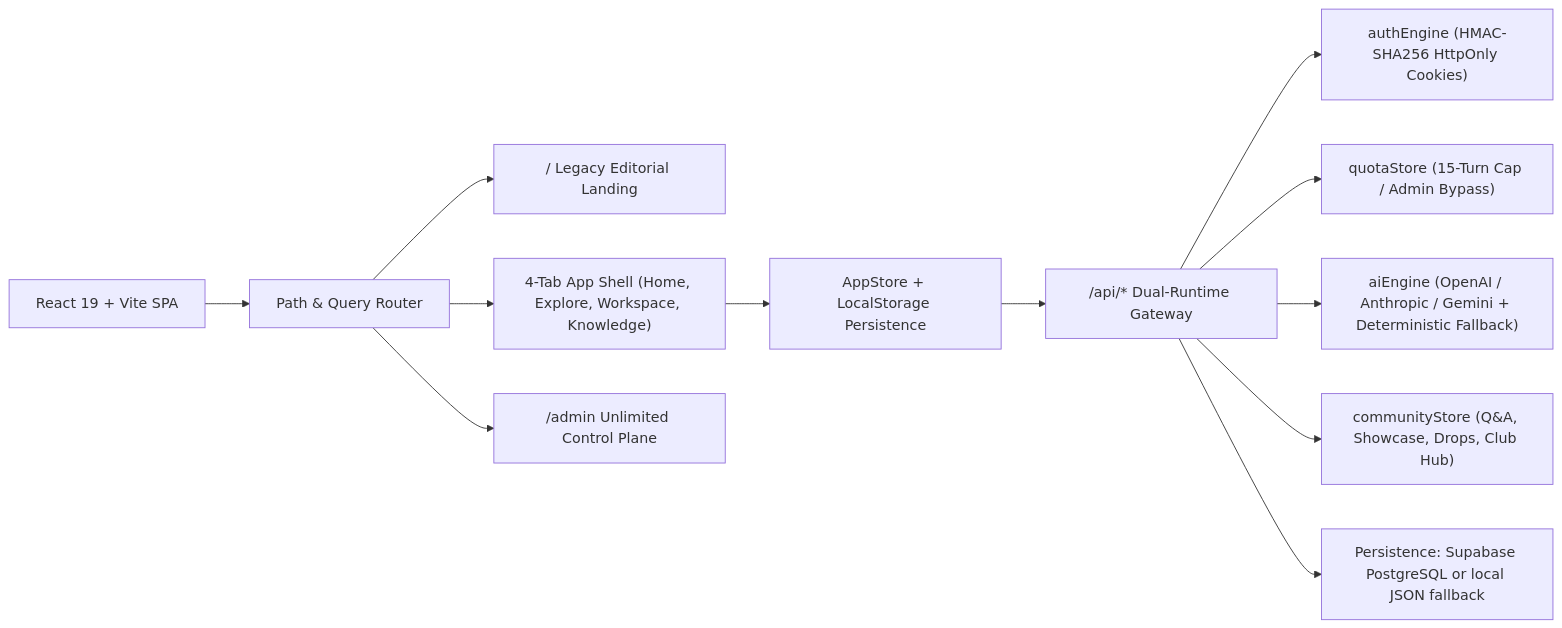
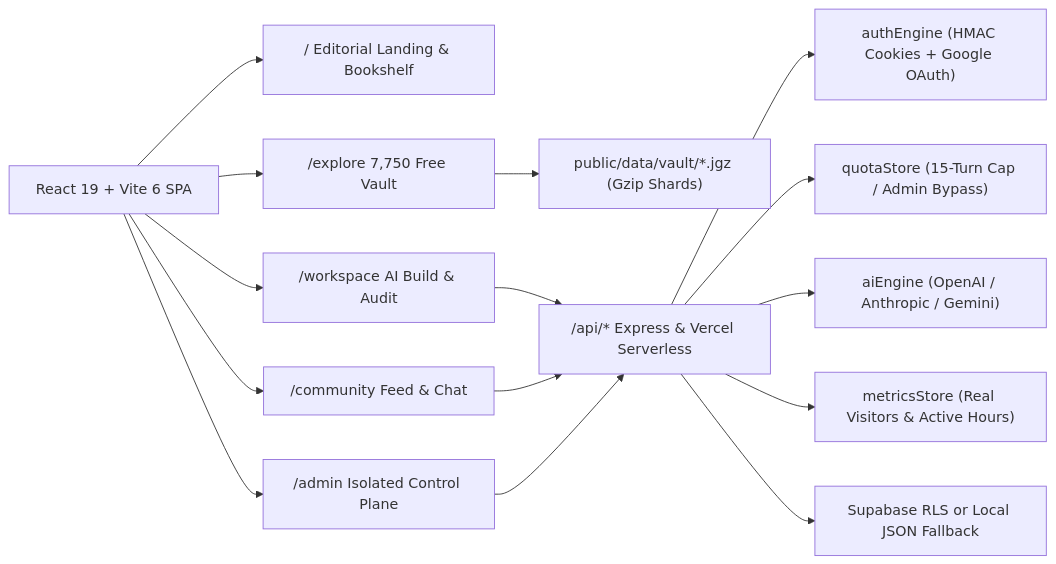
One commit to broamstuck-cybr/f_forumv3 changed the diagram in README.md. Above: the diagram before and after it, drawn with Mermaid. The commit also changed other lines of this file and 7 other files, not shown here.

Commit message:
docs(readme): add fine-art studio cover, animated SVG architecture mind-map & fresh 1440px live screenshots

````diff
--- a/README.md
+++ b/README.md
@@ -19,14 +60,19 @@
 ```mermaid
 flowchart LR
-  Client["React 19 + Vite SPA"] --> Router["Path & Query Router"]
-  Router --> Landing["/ Legacy Editorial Landing"]
-  Router --> AppShell["4-Tab App Shell (Home, Explore, Workspace, Knowledge)"]
-  Router --> Admin["/admin Unlimited Control Plane"]
-  AppShell --> Store["AppStore + LocalStorage Persistence"]
-  Store --> API["/api/* Dual-Runtime Gateway"]
-  API --> Auth["authEngine (HMAC-SHA256 HttpOnly Cookies)"]
+  SPA["React 19 + Vite 6 SPA"] --> Landing["/ Editorial Landing & Bookshelf"]
+  SPA --> Explore["/explore 7,750 Free Vault"]
+  SPA --> Workspace["/workspace AI Build & Audit"]
+  SPA --> Community["/community Feed & Chat"]
+  SPA --> Admin["/admin Isolated Control Plane"]
+
+  Explore --> Shards["public/data/vault/*.jgz (Gzip Shards)"]
+  Workspace --> API["/api/* Express & Vercel Serverless"]
+  Community --> API
+  Admin --> API
+
+  API --> Auth["authEngine (HMAC Cookies + Google OAuth)"]
   API --> Quota["quotaStore (15-Turn Cap / Admin Bypass)"]
-  API --> AIEngine["aiEngine (OpenAI / Anthropic / Gemini + Deterministic Fallback)"]
-  API --> Community["communityStore (Q&A, Showcase, Drops, Club Hub)"]
-  API --> Persistence["Persistence: Supabase PostgreSQL or local JSON fallback"]
+  API --> AI["aiEngine (OpenAI / Anthropic / Gemini)"]
+  API --> Metrics["metricsStore (Real Visitors & Active Hours)"]
+  API --> Store["Supabase RLS or Local JSON Fallback"]
 ```
````
